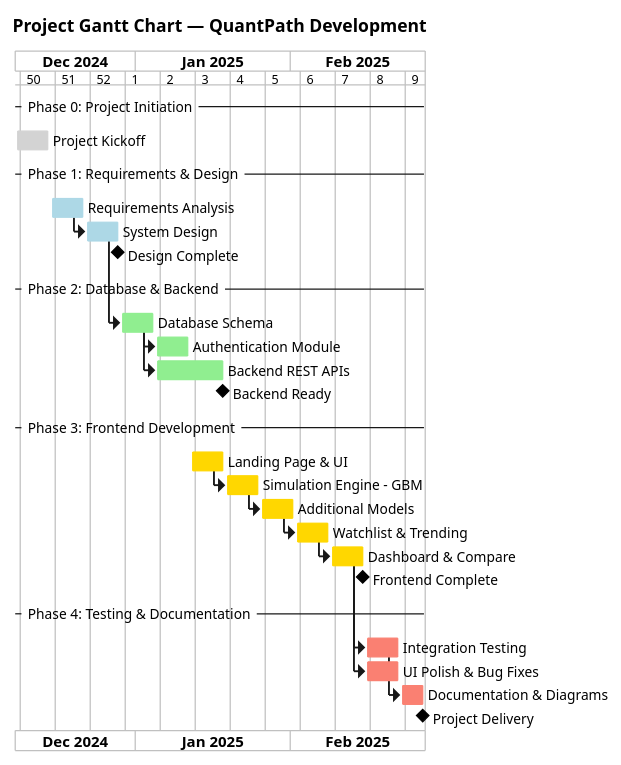
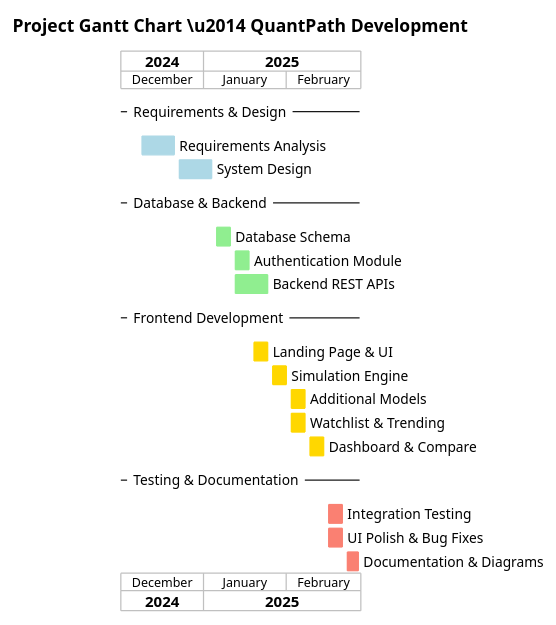
Before and after one commit to DSanmukha/QuantPath: the eighth of 8 diagrams in docs/diagrams.puml, drawn with PlantUML. The commit also changed other lines of this file, not shown here.

Commit message:
fix: ER diagram syntax error (proper entity notation), Gantt chart monthly view

```diff
--- a/docs/diagrams.puml
+++ b/docs/diagrams.puml
@@ -424,48 +401,40 @@
 @startgantt Gantt_Chart
-title Project Gantt Chart — QuantPath Development
-printscale weekly
-project starts 2024-12-08
+title Project Gantt Chart \u2014 QuantPath Development
+printscale monthly zoom 2
+project starts 2024-12-01
 
--- Phase 0: Project Initiation --
-[Project Kickoff] as [PK] starts 2024-12-08 and ends 2024-12-14
-[PK] is colored in LightGray
+-- Requirements & Design --
+[Requirements Analysis] starts 2024-12-08 and ends 2024-12-21
+[Requirements Analysis] is colored in LightBlue
+[System Design] starts 2024-12-22 and ends 2025-01-04
+[System Design] is colored in LightBlue
 
--- Phase 1: Requirements & Design --
-[Requirements Analysis] as [RA] starts 2024-12-15 and ends 2024-12-21
-[RA] is colored in LightBlue
-[System Design] as [SD] starts after [RA]'s end and ends 2024-12-28
-[SD] is colored in LightBlue
-[Design Complete] happens at [SD]'s end
+-- Database & Backend --
+[Database Schema] starts 2025-01-05 and ends 2025-01-11
+[Database Schema] is colored in LightGreen
+[Authentication Module] starts 2025-01-12 and ends 2025-01-18
+[Authentication Module] is colored in LightGreen
+[Backend REST APIs] starts 2025-01-12 and ends 2025-01-25
+[Backend REST APIs] is colored in LightGreen
 
--- Phase 2: Database & Backend --
-[Database Schema] as [DB] starts after [SD]'s end and ends 2025-01-04
-[DB] is colored in LightGreen
-[Authentication Module] as [AUTH] starts after [DB]'s end and ends 2025-01-11
-[AUTH] is colored in LightGreen
-[Backend REST APIs] as [API] starts after [DB]'s end and ends 2025-01-18
-[API] is colored in LightGreen
-[Backend Ready] happens at [API]'s end
+-- Frontend Development --
+[Landing Page & UI] starts 2025-01-19 and ends 2025-01-25
+[Landing Page & UI] is colored in Gold
+[Simulation Engine] starts 2025-01-26 and ends 2025-02-01
+[Simulation Engine] is colored in Gold
+[Additional Models] starts 2025-02-02 and ends 2025-02-08
+[Additional Models] is colored in Gold
+[Watchlist & Trending] starts 2025-02-02 and ends 2025-02-08
+[Watchlist & Trending] is colored in Gold
+[Dashboard & Compare] starts 2025-02-09 and ends 2025-02-15
+[Dashboard & Compare] is colored in Gold
 
--- Phase 3: Frontend Development --
-[Landing Page & UI] as [LP] starts 2025-01-12 and ends 2025-01-18
-[LP] is colored in Gold
-[Simulation Engine - GBM] as [SIM] starts after [LP]'s end and ends 2025-01-25
-[SIM] is colored in Gold
-[Additional Models] as [MODELS] starts after [SIM]'s end and ends 2025-02-01
-[MODELS] is colored in Gold
-[Watchlist & Trending] as [WL] starts after [MODELS]'s end and ends 2025-02-08
-[WL] is colored in Gold
-[Dashboard & Compare] as [DASH] starts after [WL]'s end and ends 2025-02-15
-[DASH] is colored in Gold
-[Frontend Complete] happens at [DASH]'s end
-
--- Phase 4: Testing & Documentation --
-[Integration Testing] as [TEST] starts after [DASH]'s end and ends 2025-02-22
-[TEST] is colored in Salmon
-[UI Polish & Bug Fixes] as [POLISH] starts after [DASH]'s end and ends 2025-02-22
-[POLISH] is colored in Salmon
-[Documentation & Diagrams] as [DOCS] starts after [TEST]'s end and ends 2025-02-27
-[DOCS] is colored in Salmon
-[Project Delivery] happens at [DOCS]'s end
+-- Testing & Documentation --
+[Integration Testing] starts 2025-02-16 and ends 2025-02-22
+[Integration Testing] is colored in Salmon
+[UI Polish & Bug Fixes] starts 2025-02-16 and ends 2025-02-22
+[UI Polish & Bug Fixes] is colored in Salmon
+[Documentation & Diagrams] starts 2025-02-23 and ends 2025-02-28
+[Documentation & Diagrams] is colored in Salmon
 
 @endgantt
```
